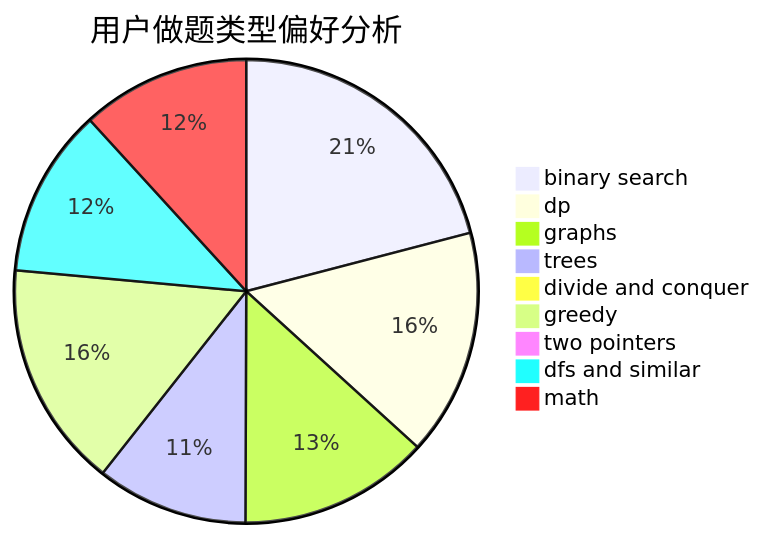
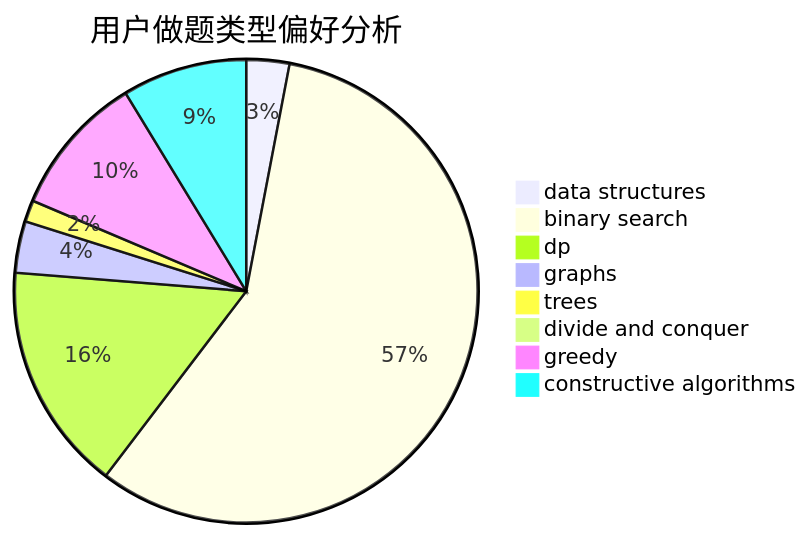
One commit to sherpahu/cfrs.github.io changed the second of 3 diagrams in docs/user/u1834.md. Above: the diagram before and after it, drawn with Mermaid. The commit also changed other lines of this file and 2775 other files, not shown here.

````diff
--- a/docs/user/u1834.md
+++ b/docs/user/u1834.md
@@ -23,12 +23,11 @@
 ```mermaid
 pie title 用户做题类型偏好分析
-    "binary search" :  192
-    "dp" :  145
-    "graphs" :  122
-    "trees" :  97
+    "data structures" :  10
+    "binary search" :  191
+    "dp" :  53
+    "graphs" :  12
+    "trees" :  5
     "divide and conquer" :  0
-    "greedy" :  145
-    "two pointers" :  0
-    "dfs and similar" :  108
-    "math" :  108
+    "greedy" :  33
+    "constructive algorithms" :  29
 ```
````
